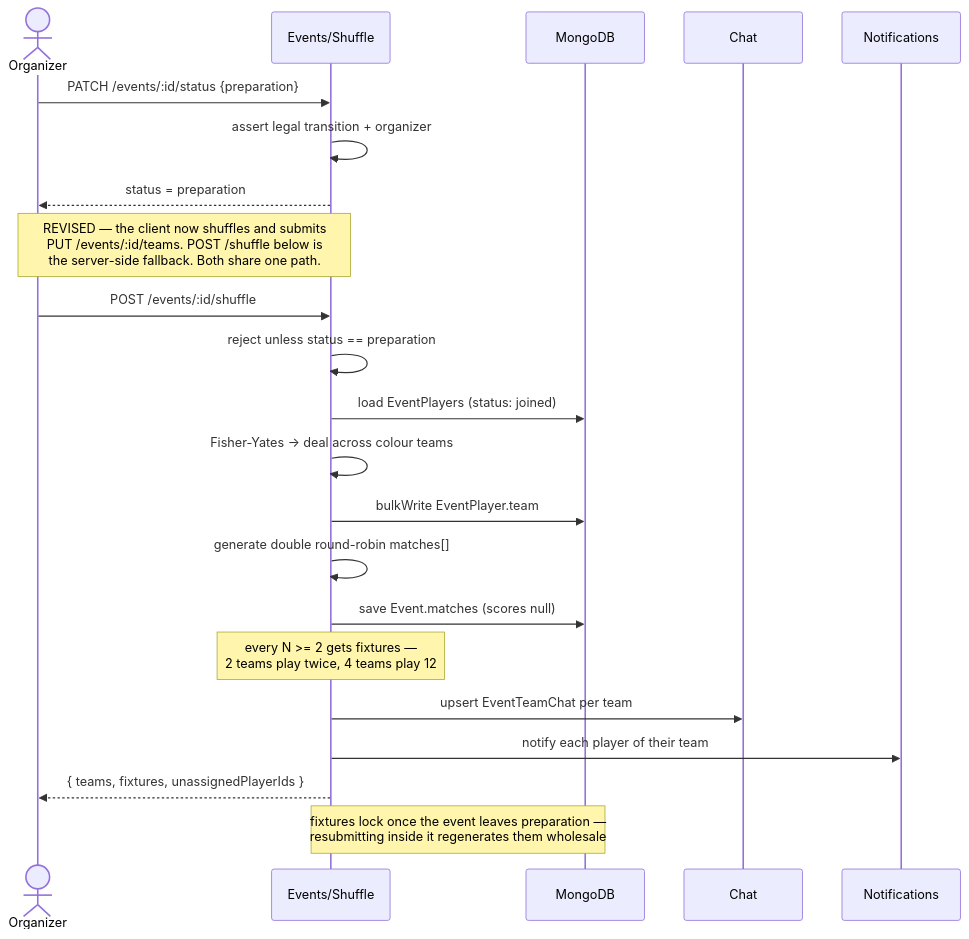
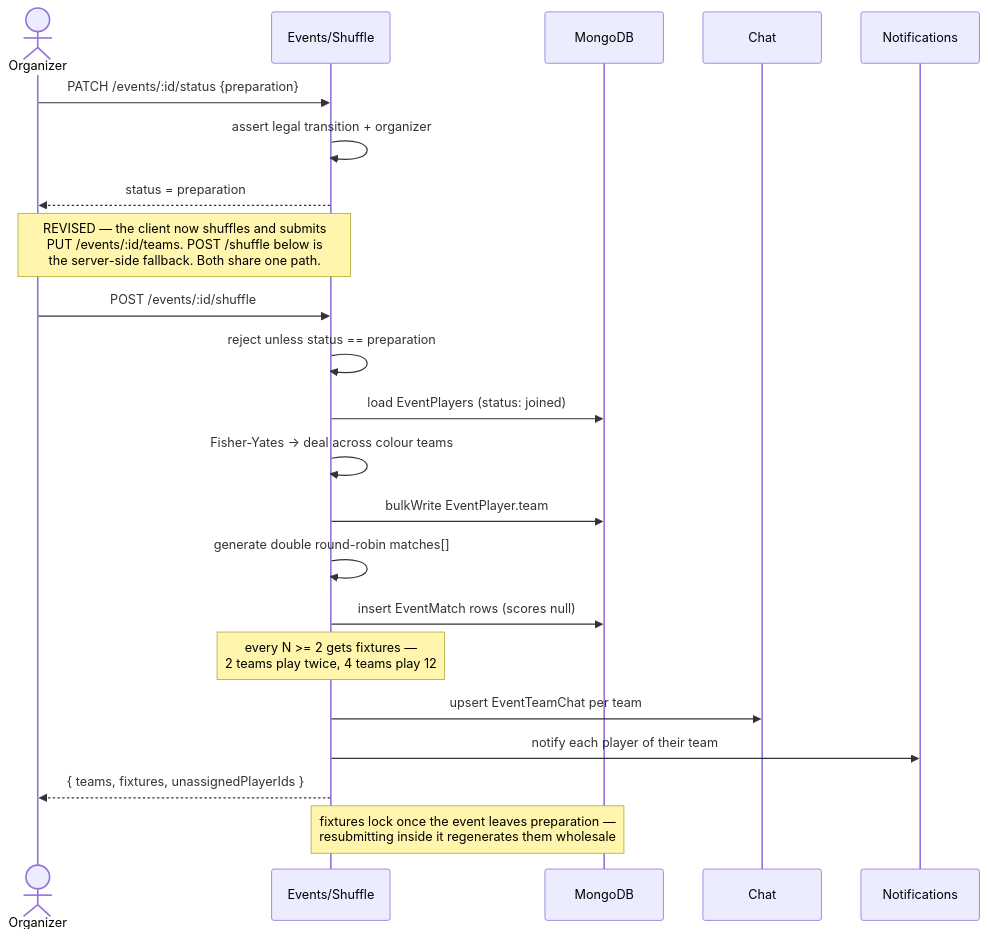
Before and after one commit to heinlinaung/kickr_backend: the diagram in docs/superpowers/diagrams/spec-v2-13-4-team-shuffle-fixtures.mmd, drawn with Mermaid. The commit also changed 15 other files, not shown here.

```diff
--- a/docs/superpowers/diagrams/spec-v2-13-4-team-shuffle-fixtures.mmd
+++ b/docs/superpowers/diagrams/spec-v2-13-4-team-shuffle-fixtures.mmd
@@ -1,37 +1,37 @@
 %% 13.4 Team shuffle & fixture generation (preparation)
 %% Source of truth for this diagram. Rendered from ../specs/2026-07-28-kickr-spec-v2-changes.md §13.4
 %% Edit here, not in the spec — the spec links to this file.
 %%
 %% SUPERSEDED for implementation detail. The events feature spec revised this:
 %% the CLIENT now shuffles and submits the roster via PUT /events/:id/teams,
 %% and POST /shuffle is a server-side fallback on the same write path. See
 %% ./events-5-4-team-submission-fixtures.mmd for what was actually built.
 %% Kept because §13.4 of the parent spec still links here.
 sequenceDiagram
     actor O as Organizer
     participant API as Events/Shuffle
     participant DB as MongoDB
     participant CH as Chat
     participant N as Notifications
 
     O->>API: PATCH /events/:id/status {preparation}
     API->>API: assert legal transition + organizer
     API-->>O: status = preparation
 
     Note over O,API: REVISED — the client now shuffles and submits<br/>PUT /events/:id/teams. POST /shuffle below is<br/>the server-side fallback. Both share one path.
 
     O->>API: POST /events/:id/shuffle
     API->>API: reject unless status == preparation
     API->>DB: load EventPlayers (status: joined)
     API->>API: Fisher-Yates → deal across colour teams
     API->>DB: bulkWrite EventPlayer.team
 
     API->>API: generate double round-robin matches[]
-    API->>DB: save Event.matches (scores null)
+    API->>DB: insert EventMatch rows (scores null)
     Note over API: every N >= 2 gets fixtures —<br/>2 teams play twice, 4 teams play 12
 
     API->>CH: upsert EventTeamChat per team
     API->>N: notify each player of their team
     API-->>O: { teams, fixtures, unassignedPlayerIds }
 
     Note over API,DB: fixtures lock once the event leaves preparation —<br/>resubmitting inside it regenerates them wholesale
```
